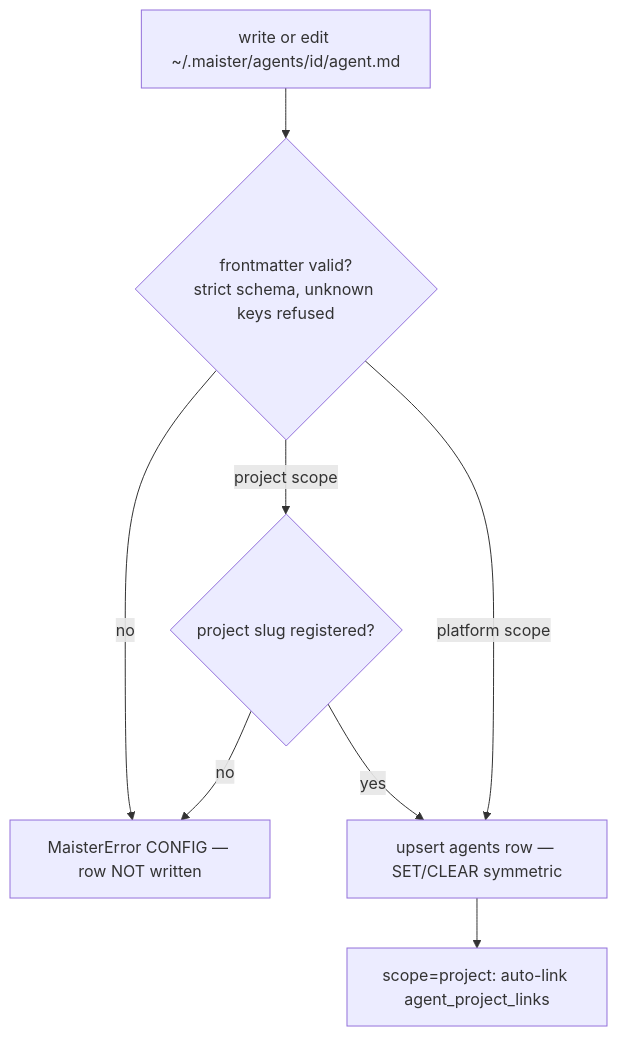
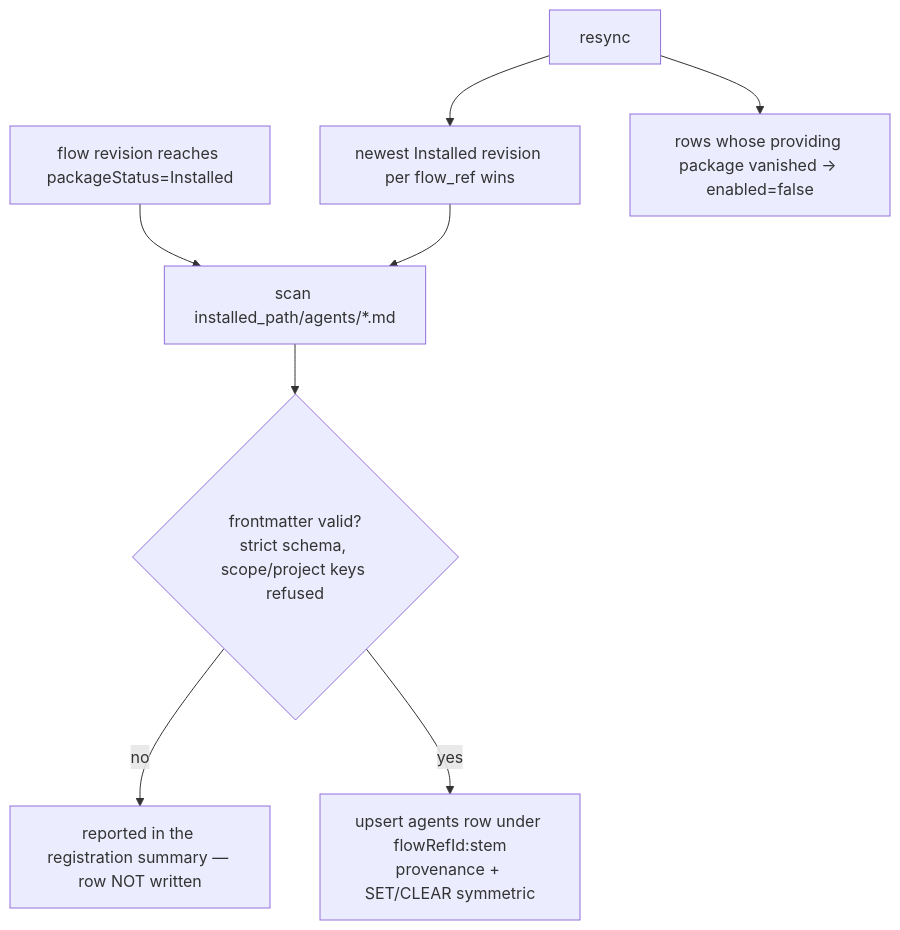
The second of 7 diagrams in docs/system-analytics/agents.md (maister-dev/maister), drawn with Mermaid before and after one commit. The commit also changed other lines of this file and 9 other files, not shown here.

First line of the commit message:
docs(agents): package-source rework close-out — ADR-089/090 amendments, contract resync, gates

````diff
--- a/docs/system-analytics/agents.md
+++ b/docs/system-analytics/agents.md
@@ -82,10 +92,10 @@
 ```mermaid
 flowchart TD
-    W[write or edit ~/.maister/agents/id/agent.md] --> P{frontmatter valid?<br/>strict schema, unknown keys refused}
-    P -- no --> C[MaisterError CONFIG — row NOT written]
-    P -- project scope --> PV{project slug registered?}
-    PV -- no --> C
-    PV -- yes --> U[upsert agents row — SET/CLEAR symmetric]
-    P -- platform scope --> U
-    U --> L[scope=project: auto-link agent_project_links]
+    I[flow revision reaches packageStatus=Installed] --> S[scan installed_path/agents/*.md]
+    S --> P{frontmatter valid?<br/>strict schema, scope/project keys refused}
+    P -- no --> R[reported in the registration summary — row NOT written]
+    P -- yes --> U[upsert agents row under flowRefId:stem<br/>provenance + SET/CLEAR symmetric]
+    RS[resync] --> N[newest Installed revision per flow_ref wins]
+    N --> S
+    RS --> D[rows whose providing package vanished → enabled=false]
 ```
````
